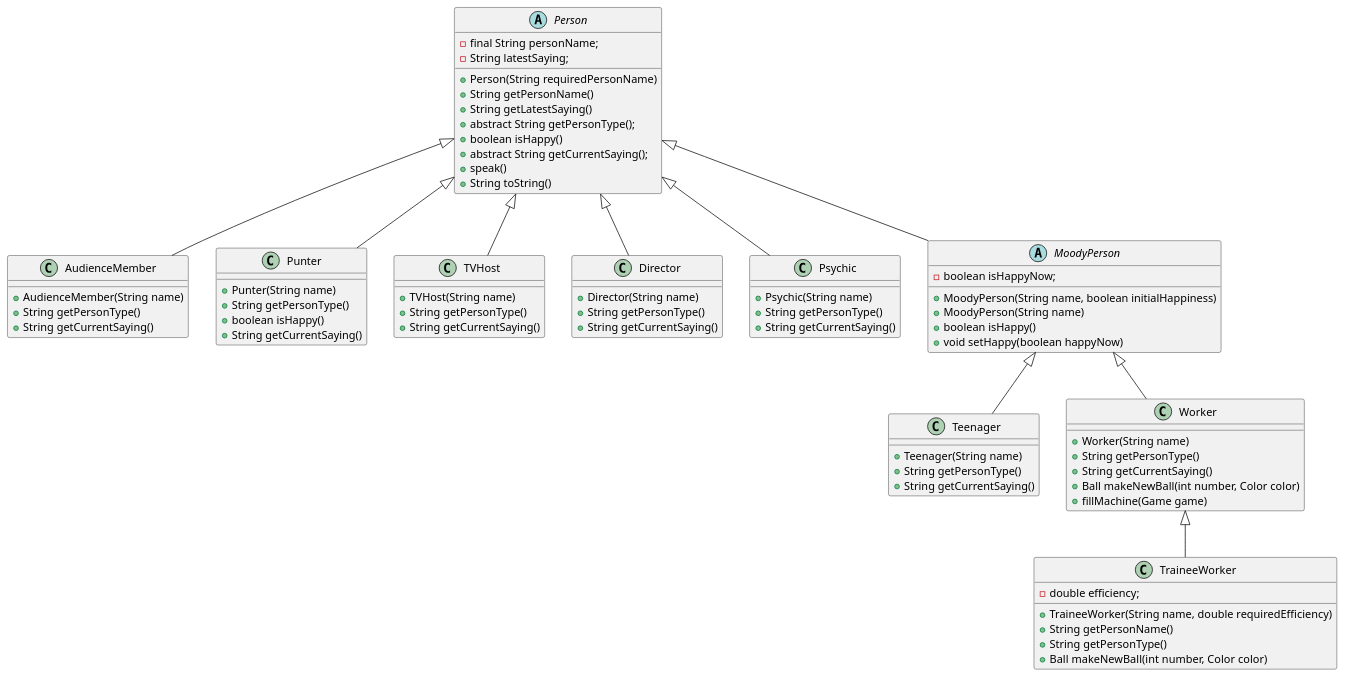
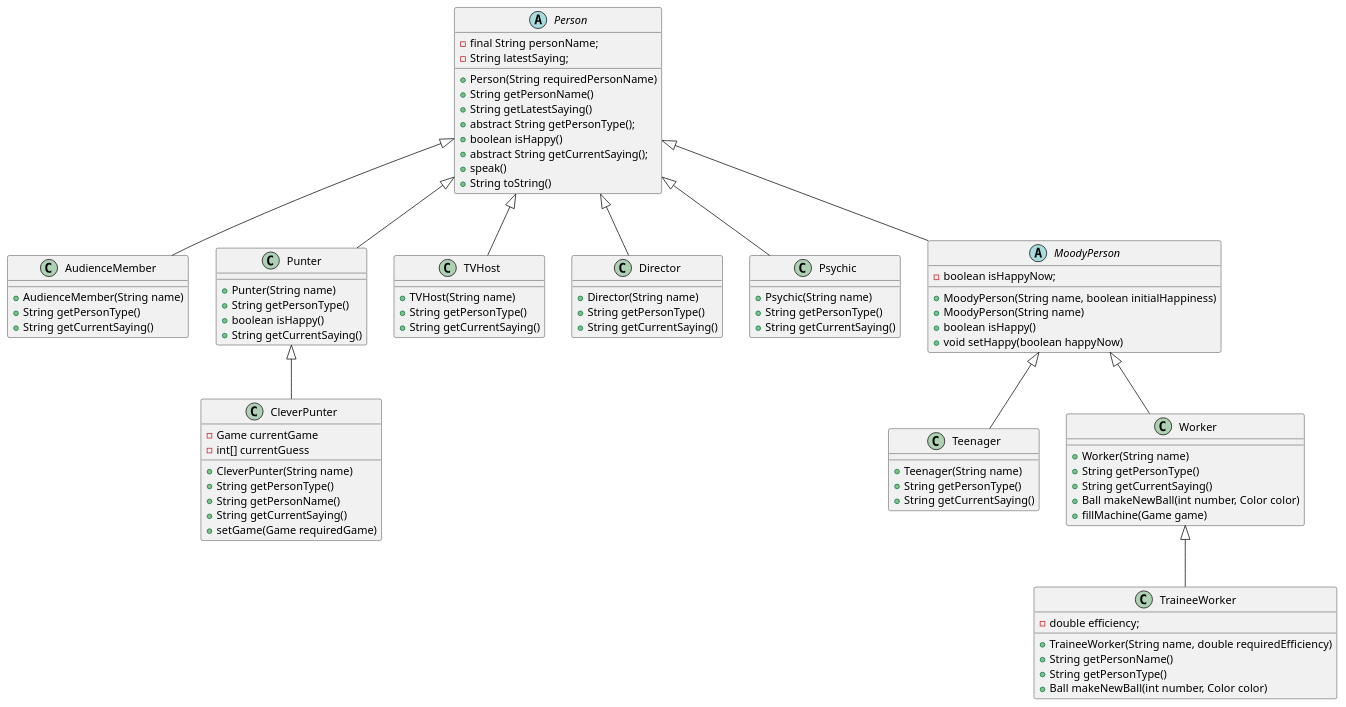
The diagram in NationalLottery/src/Person.puml (AdrChm/JJIT), drawn with PlantUML before and after one commit.

Commit message:
16.8.2 National game UML - Person UML - CleverPunter class

```diff
--- a/NationalLottery/src/Person.puml
+++ b/NationalLottery/src/Person.puml
@@ -1,84 +1,95 @@
 @startuml
 abstract class Person
 {
     - final String personName;
     - String latestSaying;
     + Person(String requiredPersonName)
     + String getPersonName()
     + String getLatestSaying()
     + abstract String getPersonType();
     + boolean isHappy()
     + abstract String getCurrentSaying();
     + speak()
     + String toString()
 }
 
 class AudienceMember extends Person
 {
     + AudienceMember(String name)
     + String getPersonType()
     + String getCurrentSaying()
 }
 
 class Punter extends Person
 {
     + Punter(String name)
     + String getPersonType()
     + boolean isHappy()
     + String getCurrentSaying()
 }
 
 class TVHost extends Person
 {
     + TVHost(String name)
     + String getPersonType()
     + String getCurrentSaying()
 }
 
 class Director extends Person
 {
     + Director(String name)
     + String getPersonType()
     + String getCurrentSaying()
 }
 
 class Psychic extends Person
 {
     + Psychic(String name)
     + String getPersonType()
     + String getCurrentSaying()
 }
 
 abstract class MoodyPerson extends Person
 {
     - boolean isHappyNow;
     + MoodyPerson(String name, boolean initialHappiness)
     + MoodyPerson(String name)
     + boolean isHappy()
     + void setHappy(boolean happyNow)
 }
 
 class Teenager extends MoodyPerson
 {
     + Teenager(String name)
     + String getPersonType()
     + String getCurrentSaying()
 }
 
 class Worker extends MoodyPerson
 {
     + Worker(String name)
     + String getPersonType()
     + String getCurrentSaying()
     + Ball makeNewBall(int number, Color color)
     + fillMachine(Game game)
 }
 class TraineeWorker extends Worker
 {
     - double efficiency;
     + TraineeWorker(String name, double requiredEfficiency)
     + String getPersonName()
     + String getPersonType()
     + Ball makeNewBall(int number, Color color)
 }
+
+class CleverPunter extends Punter
+{
+    - Game currentGame
+    - int[] currentGuess
+    + CleverPunter(String name)
+    + String getPersonType()
+    + String getPersonName()
+    + String getCurrentSaying()
+    + setGame(Game requiredGame)
+}
 @enduml
```
